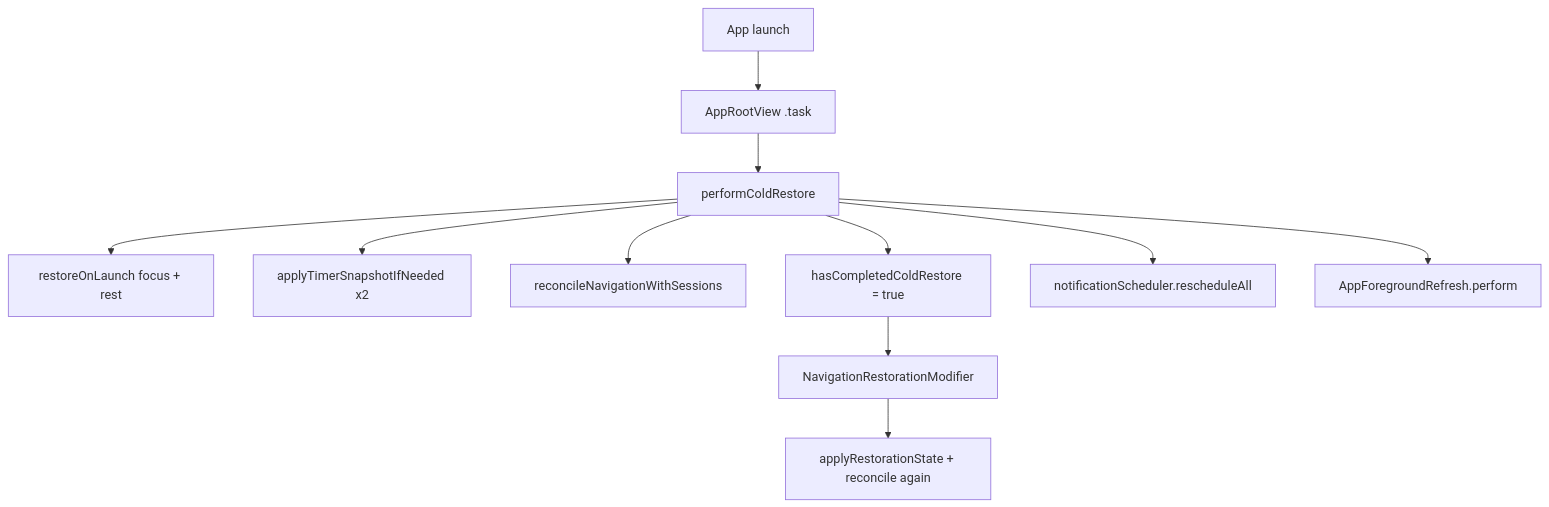
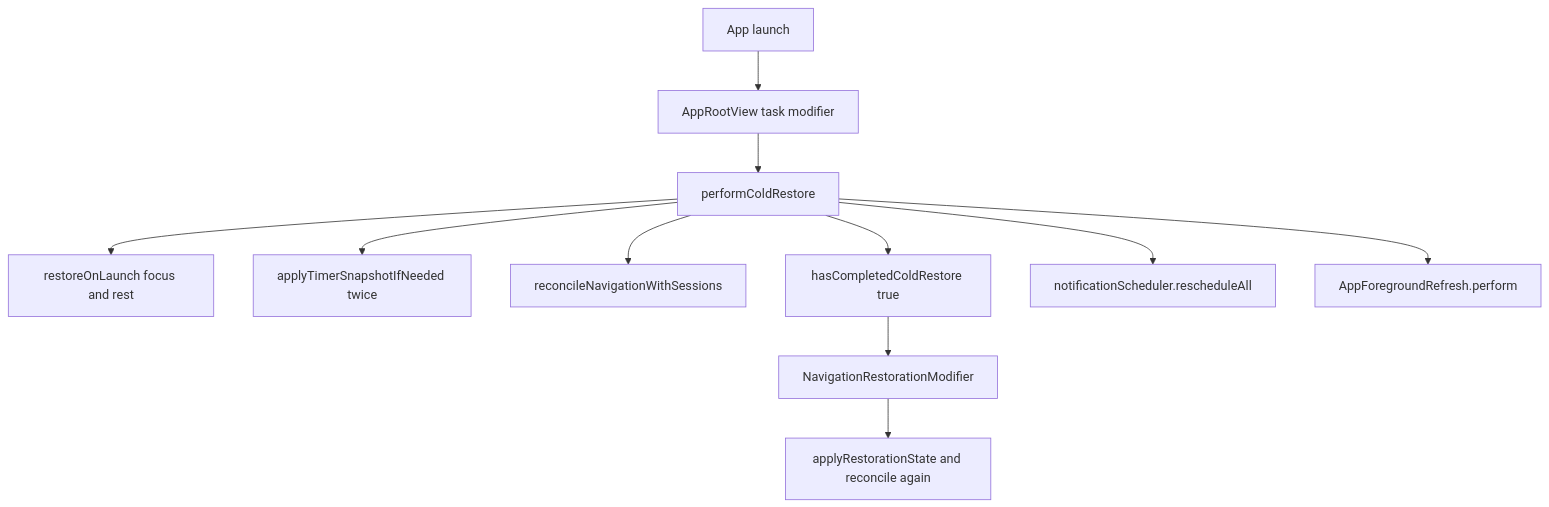
Before and after one commit to nguyenquanghuy22041990/FocusUp: the first of 5 diagrams in docs/interview-guide/16-app-restoration-coordinator.md, drawn with Mermaid. The commit also changed other lines of this file and 30 other files, not shown here.

````diff
--- a/docs/interview-guide/16-app-restoration-coordinator.md
+++ b/docs/interview-guide/16-app-restoration-coordinator.md
@@ -25,13 +25,13 @@
 ```mermaid
 flowchart TB
-    Launch[App launch] --> Root[AppRootView .task]
+    Launch[App launch] --> Root["AppRootView task modifier"]
     Root --> ARC[performColdRestore]
-    ARC --> DB[restoreOnLaunch focus + rest]
-    ARC --> Timer[applyTimerSnapshotIfNeeded x2]
+    ARC --> DB["restoreOnLaunch focus and rest"]
+    ARC --> Timer["applyTimerSnapshotIfNeeded twice"]
     ARC --> Nav1[reconcileNavigationWithSessions]
-    ARC --> Flag["hasCompletedColdRestore = true"]
+    ARC --> Flag["hasCompletedColdRestore true"]
     ARC --> Notif[notificationScheduler.rescheduleAll]
     ARC --> FG[AppForegroundRefresh.perform]
     Flag --> NavMod[NavigationRestorationModifier]
-    NavMod --> Nav2[applyRestorationState + reconcile again]
+    NavMod --> Nav2["applyRestorationState and reconcile again"]
 ```
````
